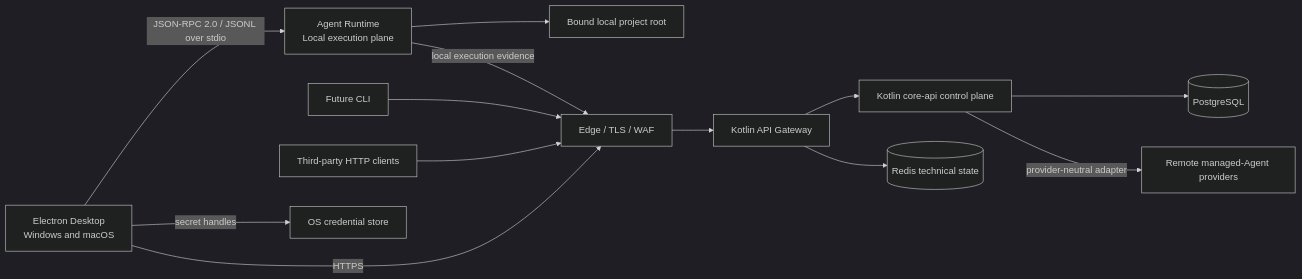
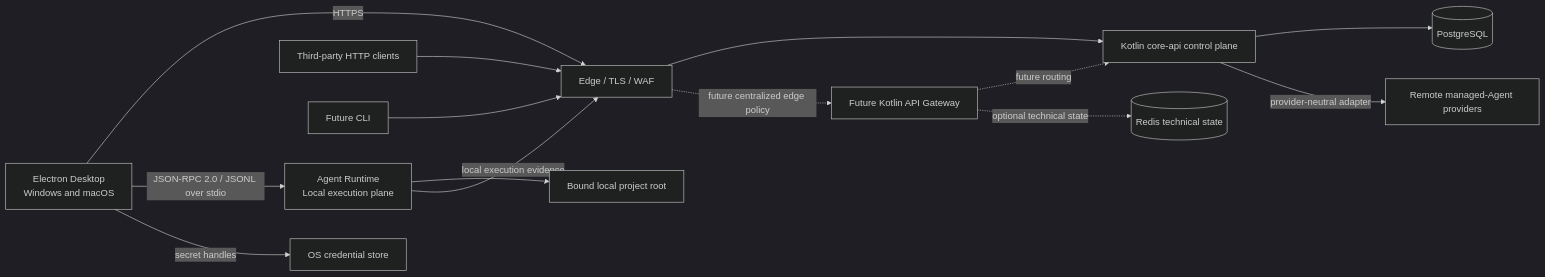
One commit to hataketed7977/taskpilot changed the first of 2 diagrams in docs/architecture.md. Above: the diagram before and after it, drawn with Mermaid (dark theme). The commit also changed other lines of this file and 7 other files, not shown here.

````diff
--- a/docs/architecture.md
+++ b/docs/architecture.md
@@ -44,28 +47,29 @@
 ```mermaid
 flowchart LR
     desktop["Electron Desktop\nWindows and macOS"]
     runtime["Agent Runtime\nLocal execution plane"]
     workspace["Bound local project root"]
     external["Third-party HTTP clients"]
     cli["Future CLI"]
     edge["Edge / TLS / WAF"]
-    gateway["Kotlin API Gateway"]
+    gateway["Future Kotlin API Gateway"]
     api["Kotlin core-api control plane"]
     provider["Remote managed-Agent providers"]
     credential["OS credential store"]
     postgres[(PostgreSQL)]
     redis[(Redis technical state)]
 
     desktop -->|HTTPS| edge
     external --> edge
     cli --> edge
-    edge --> gateway
-    gateway --> api
-    gateway --> redis
+    edge --> api
+    edge -.->|future centralized edge policy| gateway
+    gateway -.->|future routing| api
+    gateway -.->|optional technical state| redis
     api --> postgres
     api -->|provider-neutral adapter| provider
     desktop -->|JSON-RPC 2.0 / JSONL over stdio| runtime
     runtime --> workspace
     runtime -->|local execution evidence| edge
     desktop -->|secret handles| credential
 ```
````
